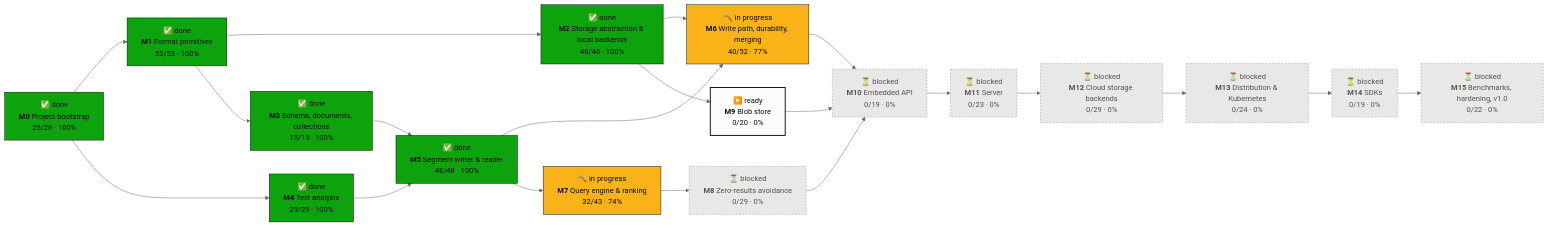
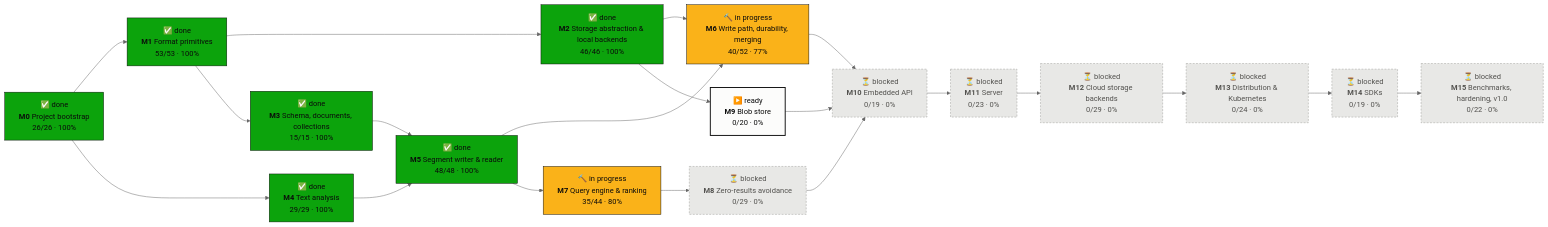
One commit to tomiok/persiaDB changed the first of 2 diagrams in PROGRESS.md. Above: the diagram before and after it, drawn with Mermaid (neutral theme). The commit also changed other lines of this file and 15 other files, not shown here.

````diff
--- a/PROGRESS.md
+++ b/PROGRESS.md
@@ -16,42 +16,42 @@
 ```mermaid
 flowchart LR
   M0["✅ done<br/><b>M0</b> Project bootstrap<br/>26/26 · 100%"]:::done
   M1["✅ done<br/><b>M1</b> Format primitives<br/>53/53 · 100%"]:::done
   M2["✅ done<br/><b>M2</b> Storage abstraction & local backends<br/>46/46 · 100%"]:::done
   M3["✅ done<br/><b>M3</b> Schema, documents, collections<br/>15/15 · 100%"]:::done
   M4["✅ done<br/><b>M4</b> Text analysis<br/>29/29 · 100%"]:::done
   M5["✅ done<br/><b>M5</b> Segment writer & reader<br/>48/48 · 100%"]:::done
   M6["🔨 in progress<br/><b>M6</b> Write path, durability, merging<br/>40/52 · 77%"]:::doing
-  M7["🔨 in progress<br/><b>M7</b> Query engine & ranking<br/>32/43 · 74%"]:::doing
+  M7["🔨 in progress<br/><b>M7</b> Query engine & ranking<br/>35/44 · 80%"]:::doing
   M8["⏳ blocked<br/><b>M8</b> Zero-results avoidance<br/>0/29 · 0%"]:::blocked
   M9["▶️ ready<br/><b>M9</b> Blob store<br/>0/20 · 0%"]:::ready
   M10["⏳ blocked<br/><b>M10</b> Embedded API<br/>0/19 · 0%"]:::blocked
   M11["⏳ blocked<br/><b>M11</b> Server<br/>0/23 · 0%"]:::blocked
   M12["⏳ blocked<br/><b>M12</b> Cloud storage backends<br/>0/29 · 0%"]:::blocked
   M13["⏳ blocked<br/><b>M13</b> Distribution & Kubernetes<br/>0/24 · 0%"]:::blocked
   M14["⏳ blocked<br/><b>M14</b> SDKs<br/>0/19 · 0%"]:::blocked
   M15["⏳ blocked<br/><b>M15</b> Benchmarks, hardening, v1.0<br/>0/22 · 0%"]:::blocked
   M0 --> M1
   M1 --> M2
   M1 --> M3
   M0 --> M4
   M3 --> M5
   M4 --> M5
   M2 --> M6
   M5 --> M6
   M5 --> M7
   M7 --> M8
   M2 --> M9
   M6 --> M10
   M8 --> M10
   M9 --> M10
   M10 --> M11
   M11 --> M12
   M12 --> M13
   M13 --> M14
   M14 --> M15
   classDef done fill:#0ca30c,stroke:#0b0b0b,color:#0b0b0b
   classDef doing fill:#fab219,stroke:#0b0b0b,color:#0b0b0b
   classDef ready fill:#fcfcfb,stroke:#0b0b0b,stroke-width:2px,color:#0b0b0b
   classDef blocked fill:#e8e8e6,stroke:#9a9a96,stroke-dasharray:4 3,color:#52514e
 ```
````
